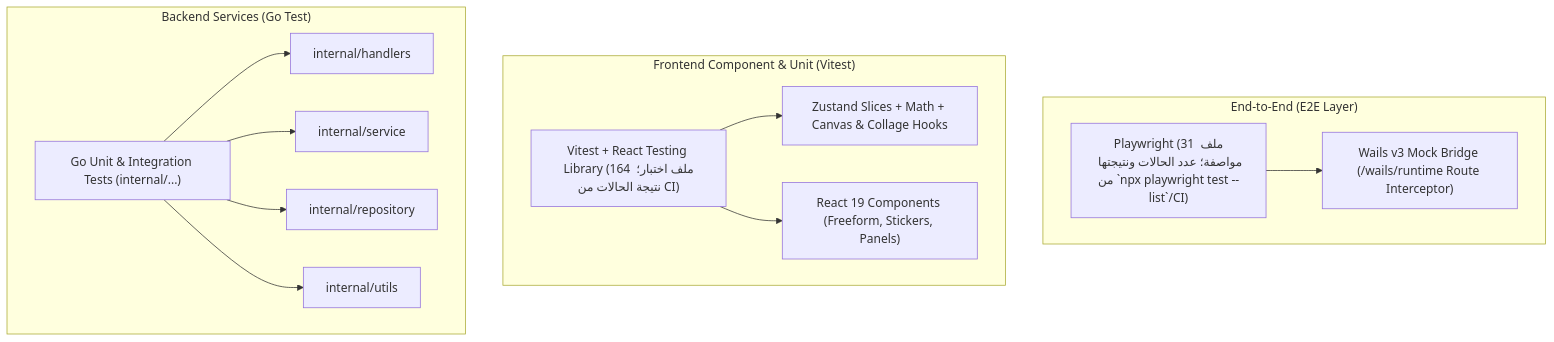
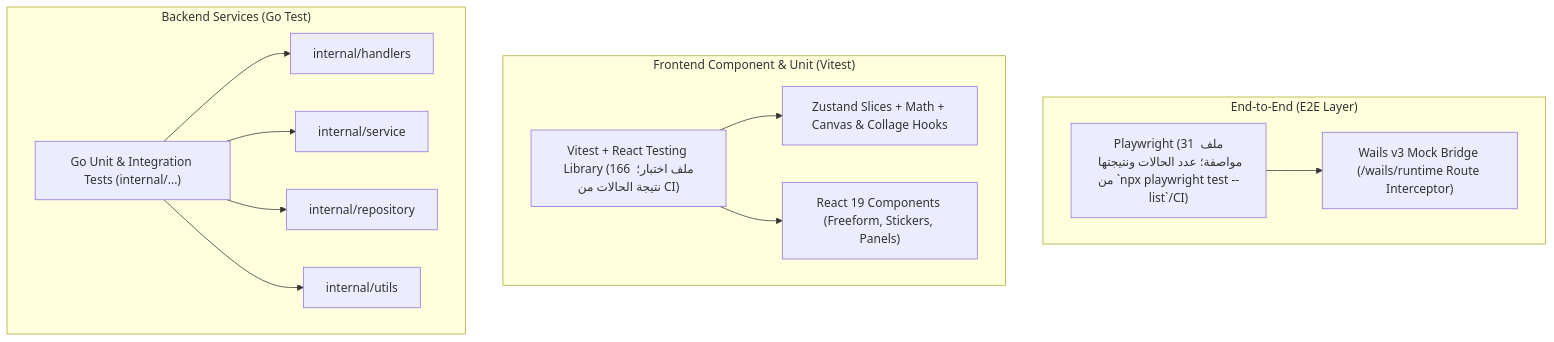
Before and after one commit to wisam79/grido: the diagram in docs/testing_guide.md, drawn with Mermaid. The commit also changed other lines of this file and 84 other files, not shown here.

````diff
--- a/docs/testing_guide.md
+++ b/docs/testing_guide.md
@@ -238,28 +253,28 @@
 ```mermaid
 flowchart TD
     subgraph E2E ["End-to-End (E2E Layer)"]
         PW["Playwright (31 ملف مواصفة؛ عدد الحالات ونتيجتها من `npx playwright test --list`/CI)"]
         Bridge["Wails v3 Mock Bridge (/wails/runtime Route Interceptor)"]
         PW --> Bridge
     end
 
     subgraph FE ["Frontend Component & Unit (Vitest)"]
-        VTests["Vitest + React Testing Library (164 ملف اختبار؛ نتيجة الحالات من CI)"]
+        VTests["Vitest + React Testing Library (166 ملف اختبار؛ نتيجة الحالات من CI)"]
         Zustand["Zustand Slices + Math + Canvas & Collage Hooks"]
         Comps["React 19 Components (Freeform, Stickers, Panels)"]
         VTests --> Zustand
         VTests --> Comps
     end
 
     subgraph BE ["Backend Services (Go Test)"]
         GoTests["Go Unit & Integration Tests (internal/...)"]
         Handlers["internal/handlers"]
         Services["internal/service"]
         Repo["internal/repository"]
         Utils["internal/utils"]
         GoTests --> Handlers
         GoTests --> Services
         GoTests --> Repo
         GoTests --> Utils
     end
 ```
````
